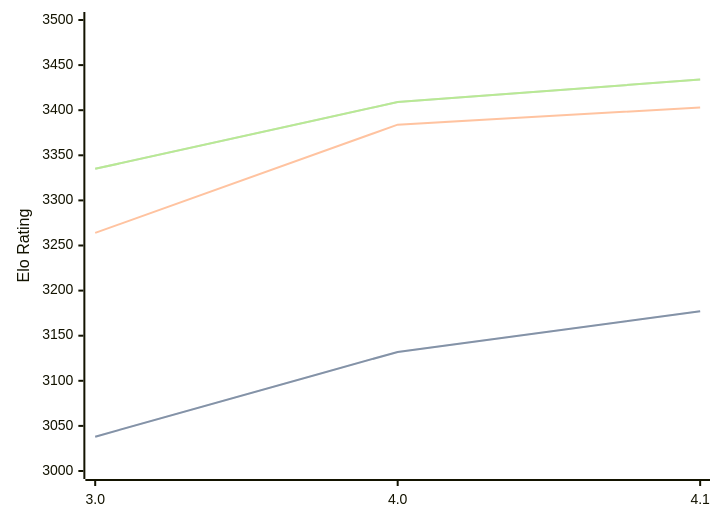
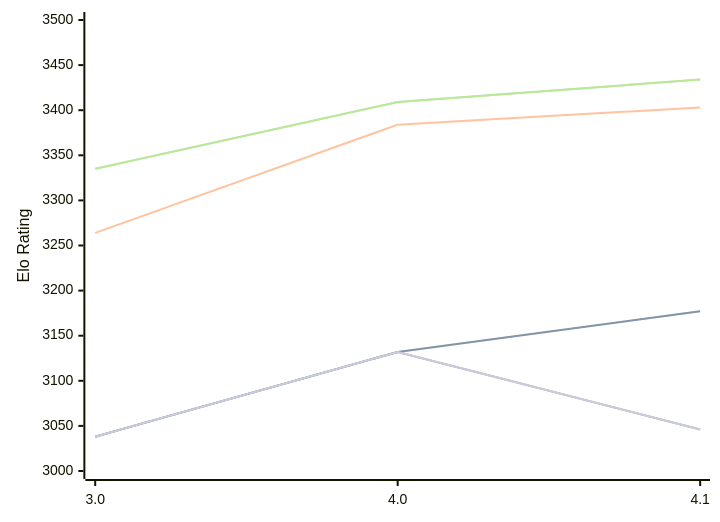
The diagram in engines/Eleanor.md (computer-chess-index/cci), drawn with Mermaid before and after one commit. The commit also changed other lines of this file, not shown here.

Commit message:
Update CCI Ratings (ELO VLTC) - 2026-10-11

````diff
--- a/engines/Eleanor.md
+++ b/engines/Eleanor.md
@@ -49,16 +49,13 @@
 ```mermaid
 %%{init: {"theme":"base","themeVariables":{"seriesColors:['#a3a3a3','#222221','#faa371']}}}%%
 xychart-beta
   x-axis ["3.0", "4.0", "4.1"]
   y-axis "Elo Rating" 3000 --> 3500
   line "" [3038, 3132, 3177]
   line "T1: STC (8.0+0.08s)" [3038, 3132, 3177]
   line "T1: LTC (60.0+0.60s)" [3264, 3384, 3403]
   line "" [3335, 3409, 3434]
   line "T1: VLTC (2m24s+1.12s)" [3335, 3409, 3434]
-  line "" [3036]
-  line "E1: STC (8.0+0.08s)" [3036]
-  line "E1: LTC (60.0+0.60s)" [3356]
-  line "" [3375]
-  line "E1: VLTC (2m24s+1.12s)" [3375]
+  line "" [3038, 3132,3046]
+  line "E1: STC (8.0+0.08s)" [3038, 3132,3046]
 ```
````
